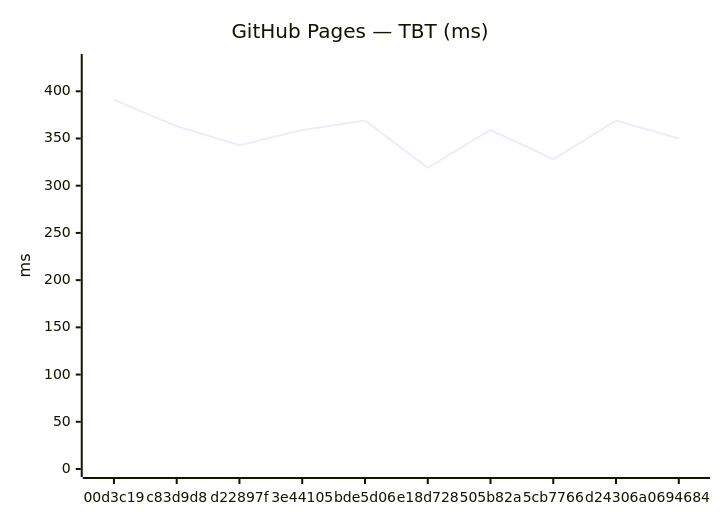
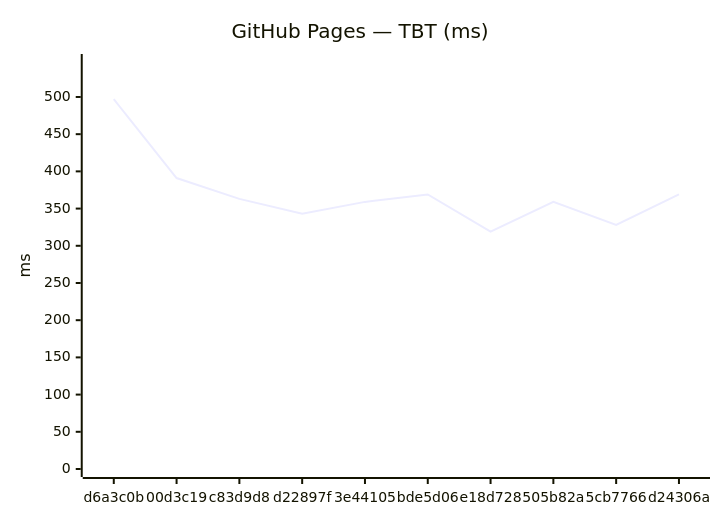
One commit to Metaheurist/Rianell changed the fourth of 18 diagrams in benchmarks/compare.md. Above: the diagram before and after it, drawn with Mermaid. The commit also changed other lines of this file and 11 other files, not shown here.

````diff
--- a/benchmarks/compare.md
+++ b/benchmarks/compare.md
@@ -61,7 +61,7 @@
 ```mermaid
 xychart-beta
     title "GitHub Pages — TBT (ms)"
-    x-axis ["00d3c19", "c83d9d8", "d22897f", "3e44105", "bde5d06", "e18d728", "505b82a", "5cb7766", "d24306a", "0694684"]
-    y-axis "ms" 0 --> 431
-    line [391, 363, 343, 359, 369, 319, 359, 328, 369, 350]
+    x-axis ["d6a3c0b", "00d3c19", "c83d9d8", "d22897f", "3e44105", "bde5d06", "e18d728", "505b82a", "5cb7766", "d24306a"]
+    y-axis "ms" 0 --> 547
+    line [497, 391, 363, 343, 359, 369, 319, 359, 328, 369]
 ```
````
